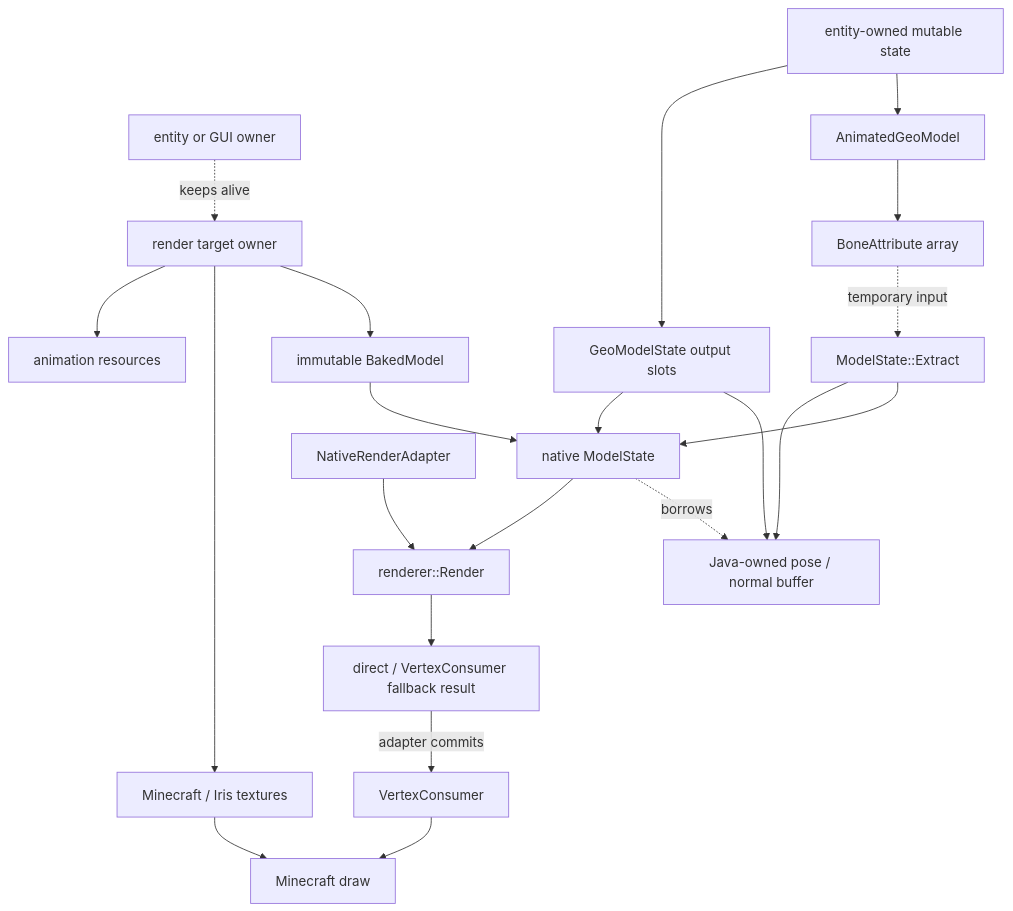
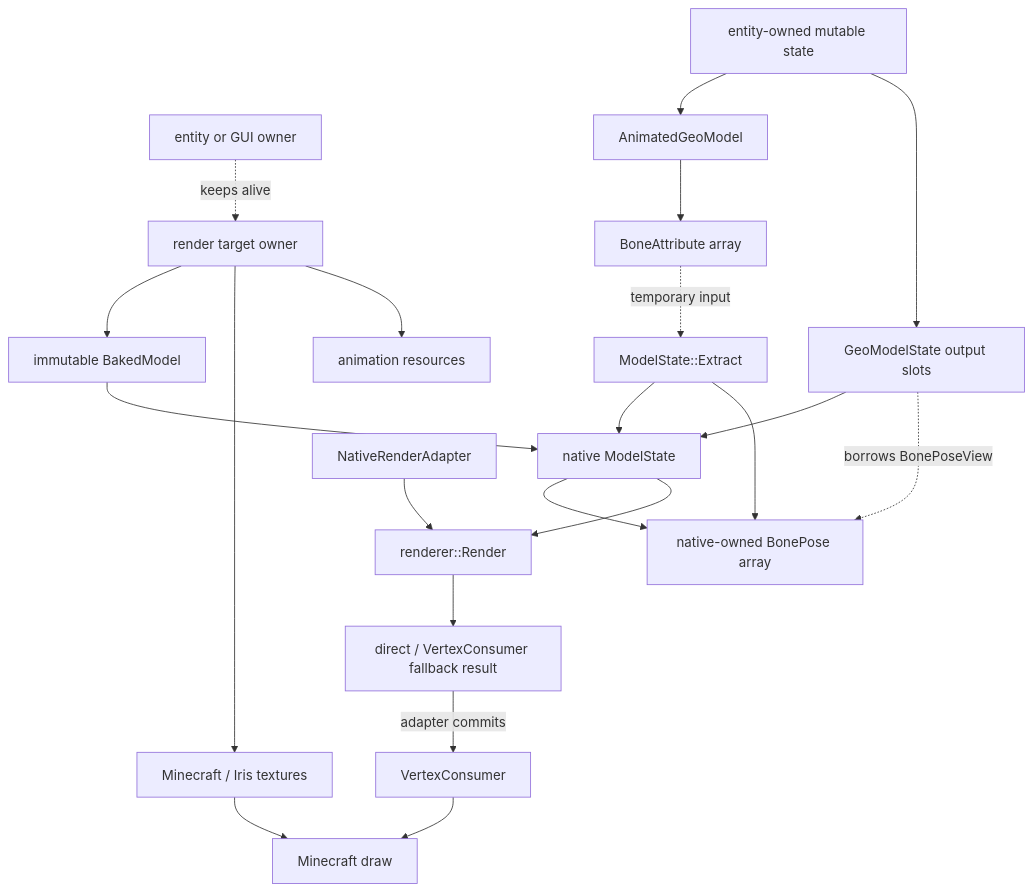
The diagram in docs/architecture/rendering/README.md (RuiXuqi/YesSteveModel), drawn with Mermaid before and after one commit. The commit also changed other lines of this file and 195 other files, not shown here.

````diff
--- a/docs/architecture/rendering/README.md
+++ b/docs/architecture/rendering/README.md
@@ -15,23 +15,23 @@
 ```mermaid
 flowchart TB
     RT["render target owner"] --> BM["immutable BakedModel"]
     RT --> TX["Minecraft / Iris textures"]
     RT --> AN["animation resources"]
     LE["entity or GUI owner"] -. "keeps alive" .-> RT
     EN["entity-owned mutable state"] --> AM["AnimatedGeoModel"]
     AM --> BA["BoneAttribute array"]
     EN --> GS["GeoModelState output slots"]
-    GS --> PS["Java-owned pose / normal buffer"]
     GS --> FS["native ModelState"]
+    FS --> PS["native-owned BonePose array"]
+    GS -. "borrows BonePoseView" .-> PS
     BM --> FS
     BA -. "temporary input" .-> EX["ModelState::Extract"]
     EX --> FS
     EX --> PS
-    FS -. "borrows" .-> PS
     VA["NativeRenderAdapter"] --> RC["renderer::Render"]
     FS --> RC
     RC --> OR["direct / VertexConsumer fallback result"]
     TX --> MC["Minecraft draw"]
     OR -->|"adapter commits"| VC["VertexConsumer"]
     VC --> MC
 ```
````
